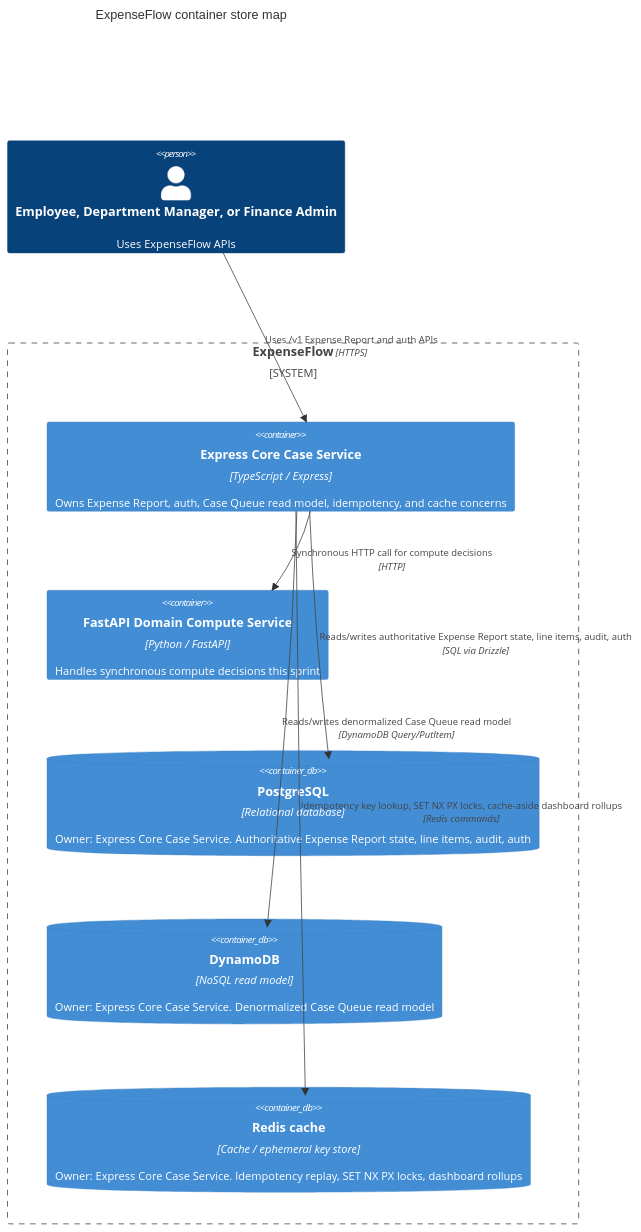
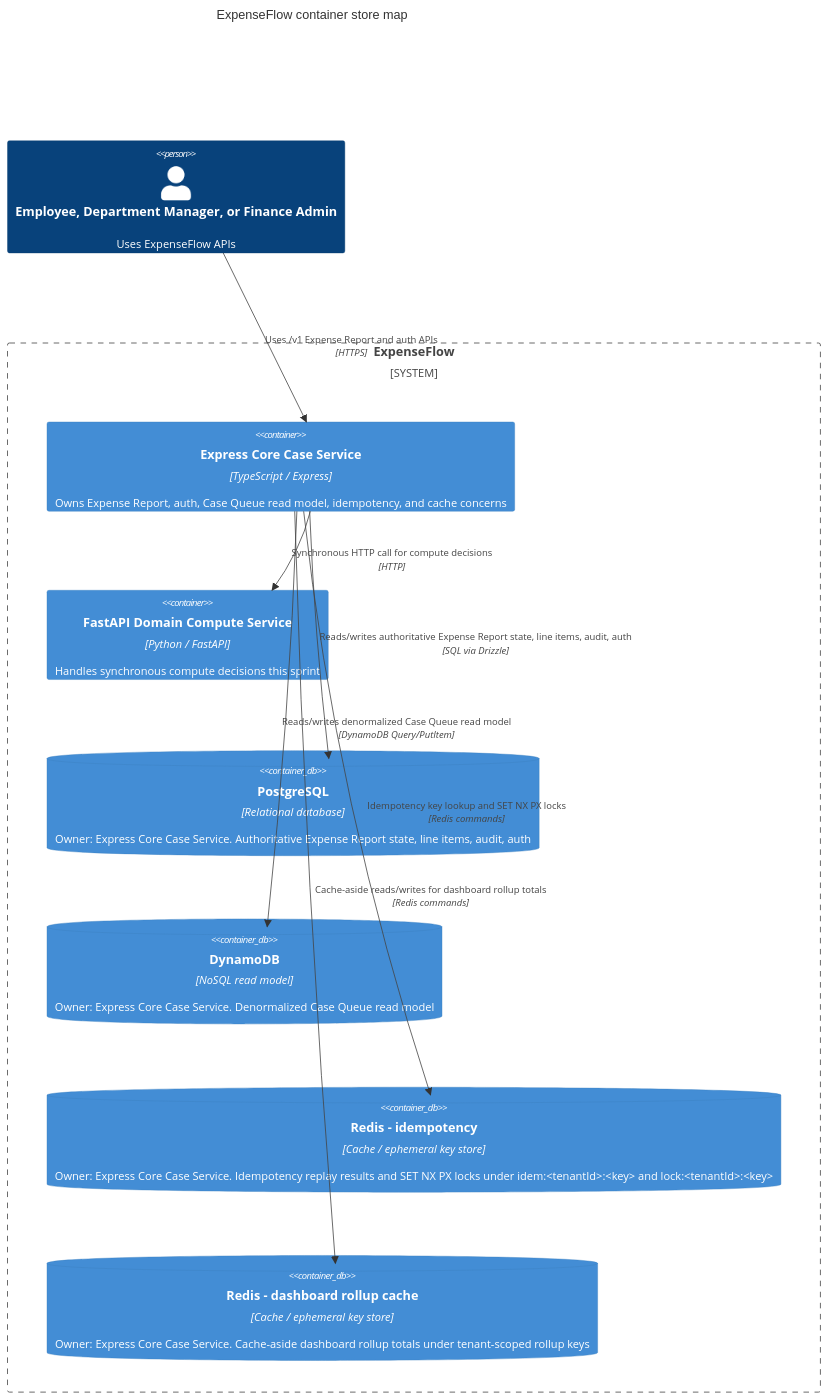
Before and after one commit to AI-Native-2026-06-22-FedStack/amos-maddux-expense-tracking: the diagram in docs/adr/0010-storage-per-bounded-context.md, drawn with Mermaid. The commit also changed other lines of this file, not shown here.

Commit message:
feat(docs): clarify Redis usage in storage decision ADR with separate containers for idempotency and dashboard rollup cache

````diff
--- a/docs/adr/0010-storage-per-bounded-context.md
+++ b/docs/adr/0010-storage-per-bounded-context.md
@@ -31,21 +31,23 @@
 ```mermaid
 C4Container
     title ExpenseFlow container store map
 
     Person(employee, "Employee, Department Manager, or Finance Admin", "Uses ExpenseFlow APIs")
 
     System_Boundary(expenseflow, "ExpenseFlow") {
         Container(express, "Express Core Case Service", "TypeScript / Express", "Owns Expense Report, auth, Case Queue read model, idempotency, and cache concerns")
         Container(fastapi, "FastAPI Domain Compute Service", "Python / FastAPI", "Handles synchronous compute decisions this sprint")
 
         ContainerDb(postgres, "PostgreSQL", "Relational database", "Owner: Express Core Case Service. Authoritative Expense Report state, line items, audit, auth")
         ContainerDb(dynamo, "DynamoDB", "NoSQL read model", "Owner: Express Core Case Service. Denormalized Case Queue read model")
-        ContainerDb(redis, "Redis cache", "Cache / ephemeral key store", "Owner: Express Core Case Service. Idempotency replay, SET NX PX locks, dashboard rollups")
+        ContainerDb(redisIdem, "Redis - idempotency", "Cache / ephemeral key store", "Owner: Express Core Case Service. Idempotency replay results and SET NX PX locks under idem:<tenantId>:<key> and lock:<tenantId>:<key>")
+        ContainerDb(redisRollup, "Redis - dashboard rollup cache", "Cache / ephemeral key store", "Owner: Express Core Case Service. Cache-aside dashboard rollup totals under tenant-scoped rollup keys")
     }
 
     Rel(employee, express, "Uses /v1 Expense Report and auth APIs", "HTTPS")
     Rel(express, fastapi, "Synchronous HTTP call for compute decisions", "HTTP")
     Rel(express, postgres, "Reads/writes authoritative Expense Report state, line items, audit, auth", "SQL via Drizzle")
     Rel(express, dynamo, "Reads/writes denormalized Case Queue read model", "DynamoDB Query/PutItem")
-    Rel(express, redis, "Idempotency key lookup, SET NX PX locks, cache-aside dashboard rollups", "Redis commands")
+    Rel(express, redisIdem, "Idempotency key lookup and SET NX PX locks", "Redis commands")
+    Rel(express, redisRollup, "Cache-aside reads/writes for dashboard rollup totals", "Redis commands")
 ```
````
